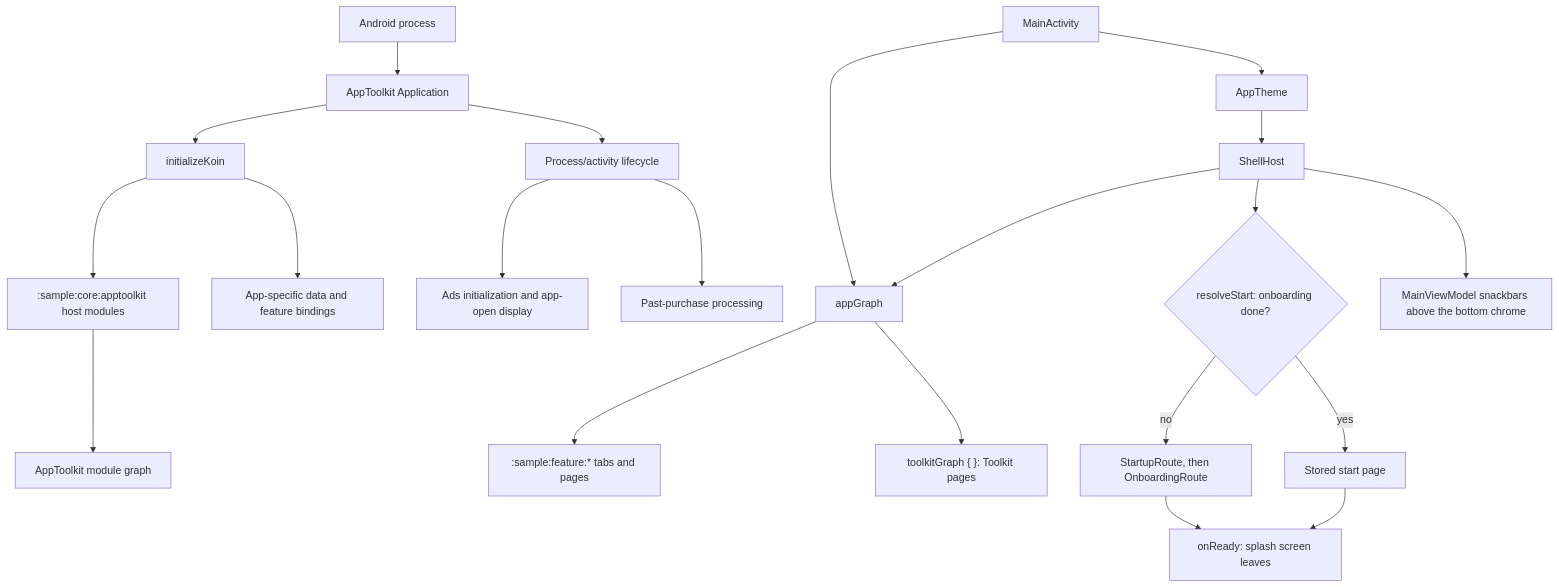
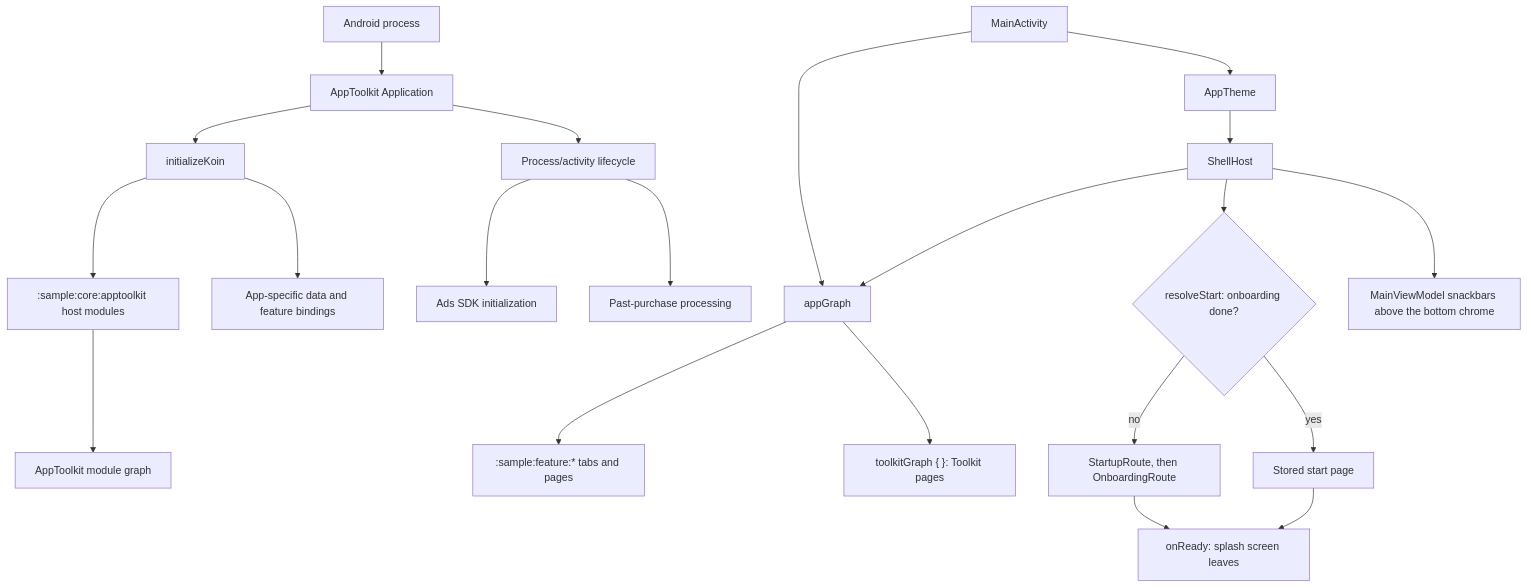
Before and after one commit to MihaiCristianCondrea/App-Toolkit-for-Android: the diagram in sample/app/README.md, drawn with Mermaid. The commit also changed other lines of this file and 139 other files, not shown here.

````diff
--- a/sample/app/README.md
+++ b/sample/app/README.md
@@ -64,23 +64,23 @@
 ```mermaid
 flowchart TD
     Process[Android process] --> App[AppToolkit Application]
     App --> Koin[initializeKoin]
     Koin --> Adapter[":sample:core:apptoolkit host modules"]
     Adapter --> AppToolkit[AppToolkit module graph]
     Koin --> HostModules[App-specific data and feature bindings]
     App --> Lifecycle[Process/activity lifecycle]
-    Lifecycle --> Ads[Ads initialization and app-open display]
+    Lifecycle --> Ads[Ads SDK initialization]
     Lifecycle --> Billing[Past-purchase processing]
     Launcher[MainActivity] --> Theme[AppTheme]
     Theme --> Host[ShellHost]
     Launcher --> Graph[appGraph]
     Graph --> HostPages[":sample:feature:* tabs and pages"]
     Graph --> ToolkitPages["toolkitGraph { }: Toolkit pages"]
     Host --> Graph
     Host --> Start{resolveStart: onboarding done?}
     Start -->|no| FirstRun[StartupRoute, then OnboardingRoute]
     Start -->|yes| Stored[Stored start page]
     FirstRun --> Ready[onReady: splash screen leaves]
     Stored --> Ready
     Host --> Snackbars[MainViewModel snackbars above the bottom chrome]
 ```
````
